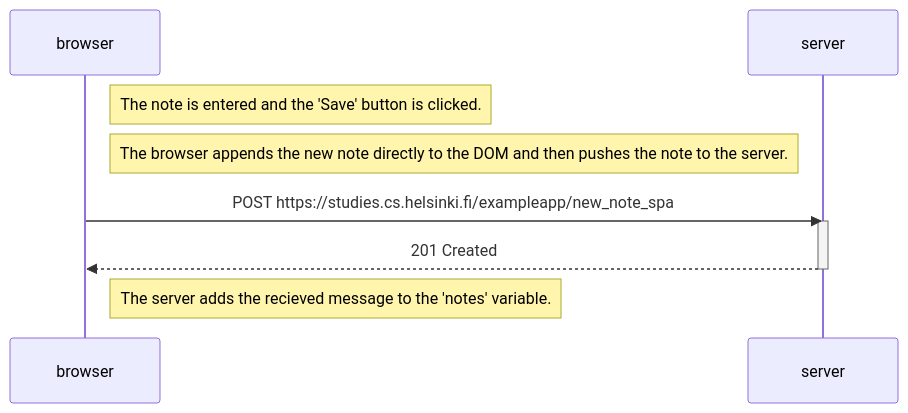
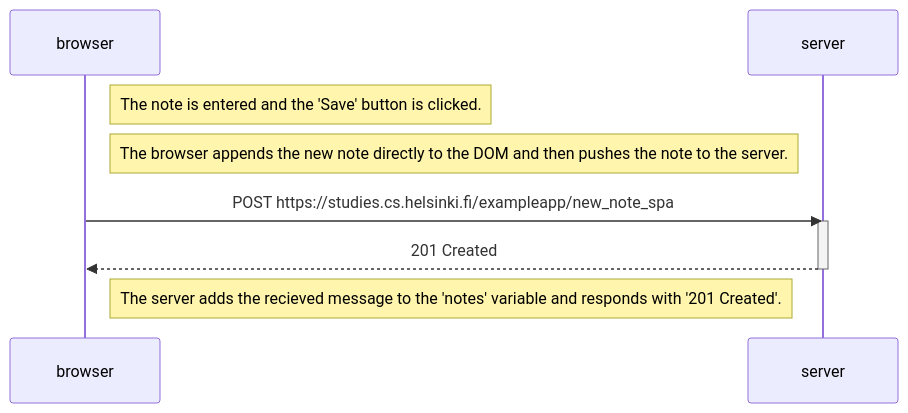
Before and after one commit to literallydozens/full-stack-open: the diagram in part0/0.6 - New note in Single page app diagram.md, drawn with Mermaid.

Commit message:
Added more detail to 0.6 answer

````diff
--- a/part0/0.6 - New note in Single page app diagram.md
+++ b/part0/0.6 - New note in Single page app diagram.md
@@ -1,15 +1,15 @@
 ```mermaid
 sequenceDiagram
     participant browser
     participant server
 
     Note right of browser: The note is entered and the 'Save' button is clicked.
     Note right of browser: The browser appends the new note directly to the DOM and then pushes the note to the server.
 
     browser->>server: POST https://studies.cs.helsinki.fi/exampleapp/new_note_spa
     activate server
     server-->>browser: 201 Created
     deactivate server
 
-    Note right of browser: The server adds the recieved message to the 'notes' variable.
+    Note right of browser: The server adds the recieved message to the 'notes' variable and responds with '201 Created'.
 ```
````
